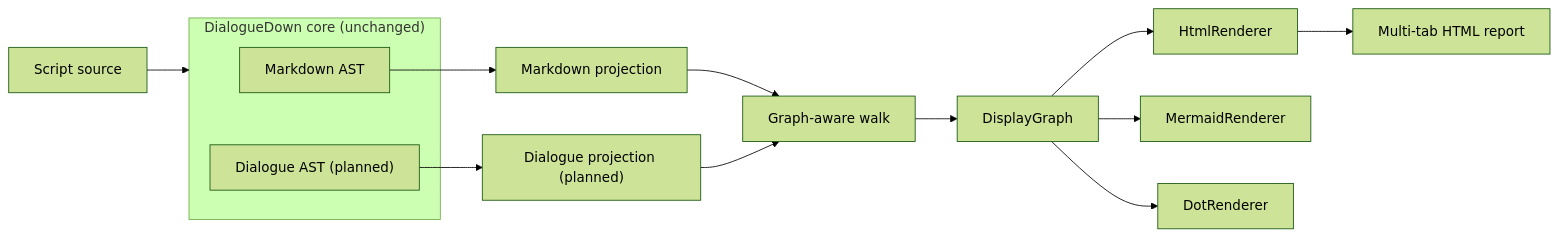
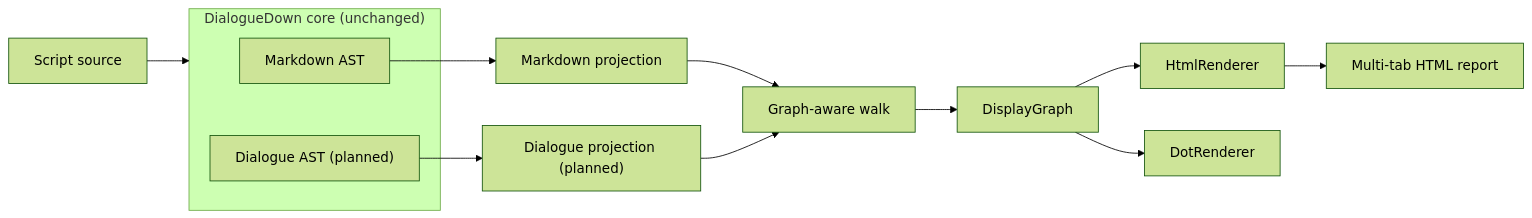
Before and after one commit to pengzhengyi/dialoguedown: the diagram in docs/contributing/design-notes/Compilation Visualization.md, drawn with Mermaid (forest theme). The commit also changed other lines of this file and 48 other files, not shown here.

First line of the commit message:
feat(visualization)!: render Mermaid authoring diagrams in previews (#271)

````diff
--- a/docs/contributing/design-notes/Compilation Visualization.md
+++ b/docs/contributing/design-notes/Compilation Visualization.md
@@ -147,17 +146,16 @@
 ```mermaid
 flowchart LR
     Source["Script source"] --> Compiler
     subgraph Compiler["DialogueDown core (unchanged)"]
         MD["Markdown AST"]
         DA["Dialogue AST (planned)"]
     end
     MD --> MP["Markdown projection"]
     DA --> DP["Dialogue projection (planned)"]
     MP --> Walk["Graph-aware walk"]
     DP --> Walk
     Walk --> DG["DisplayGraph"]
     DG --> HTML["HtmlRenderer"]
-    DG --> MMD["MermaidRenderer"]
     DG --> DOT["DotRenderer"]
     HTML --> Report["Multi-tab HTML report"]
 ```
````
